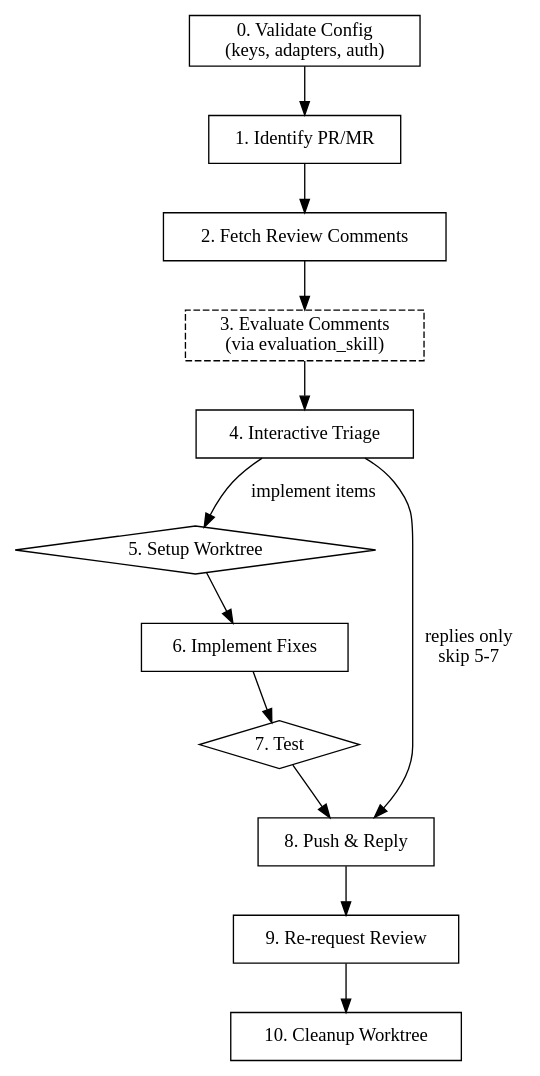
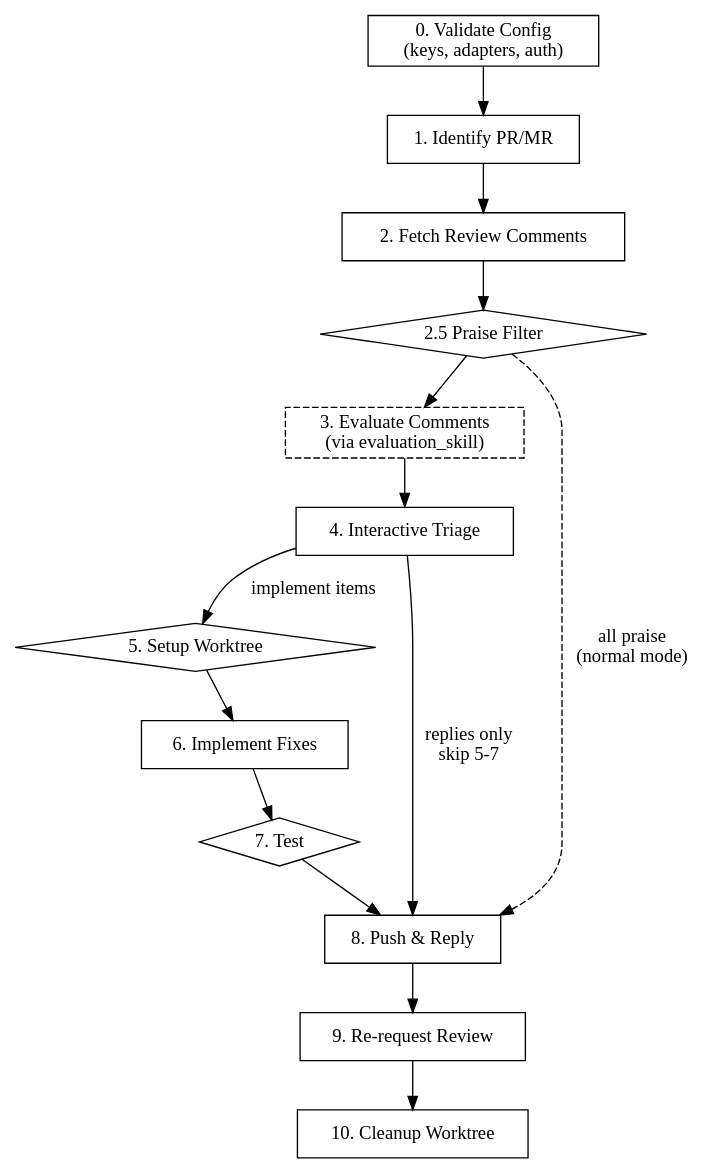
The diagram in plugins/flowyeah/skills/respond/SKILL.md (rodrigomanhaes/flowyeah), drawn with Graphviz before and after one commit. The commit also changed other lines of this file and 2 other files, not shown here.

First line of the commit message:
feat(respond): auto-acknowledge praise comments at step 2.5

````diff
--- a/plugins/flowyeah/skills/respond/SKILL.md
+++ b/plugins/flowyeah/skills/respond/SKILL.md
@@ -48,24 +48,26 @@
 ```dot
 digraph respond {
     rankdir=TB;
     node [shape=box];
 
     validate [label="0. Validate Config\n(keys, adapters, auth)"];
     identify [label="1. Identify PR/MR"];
     fetch [label="2. Fetch Review Comments"];
+    praise_filter [label="2.5 Praise Filter" shape=diamond];
     evaluate [label="3. Evaluate Comments\n(via evaluation_skill)" style=dashed];
     triage [label="4. Interactive Triage"];
     worktree [label="5. Setup Worktree" shape=diamond];
     implement [label="6. Implement Fixes"];
     test [label="7. Test" shape=diamond];
     push_reply [label="8. Push & Reply"];
     rerequest [label="9. Re-request Review"];
     cleanup [label="10. Cleanup Worktree"];
 
-    validate -> identify -> fetch -> evaluate -> triage;
+    validate -> identify -> fetch -> praise_filter -> evaluate -> triage;
+    praise_filter -> push_reply [label="all praise\n(normal mode)" style=dashed];
     triage -> worktree [label="implement items"];
     triage -> push_reply [label="replies only\nskip 5-7"];
     worktree -> implement -> test -> push_reply;
     push_reply -> rerequest -> cleanup;
 }
 ```
````
